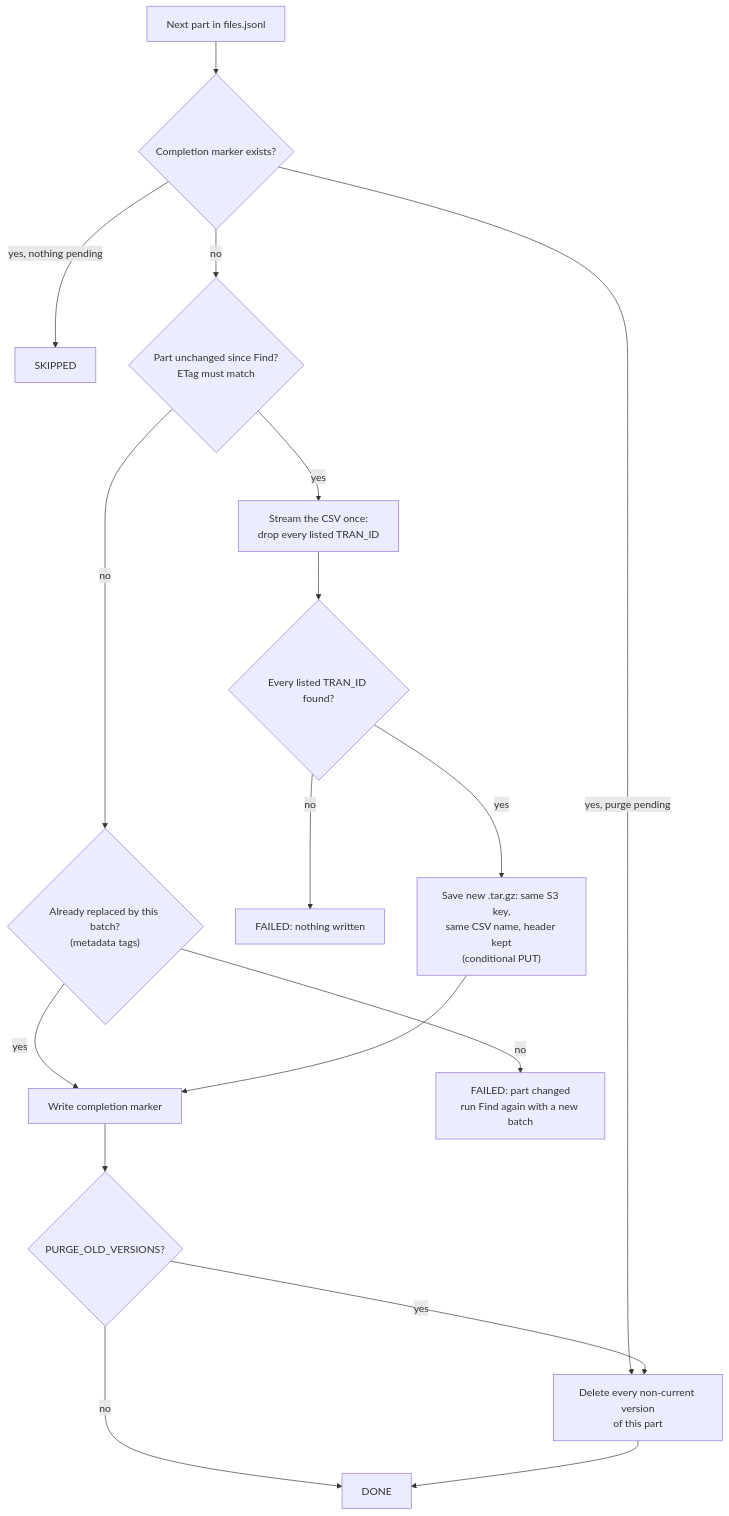
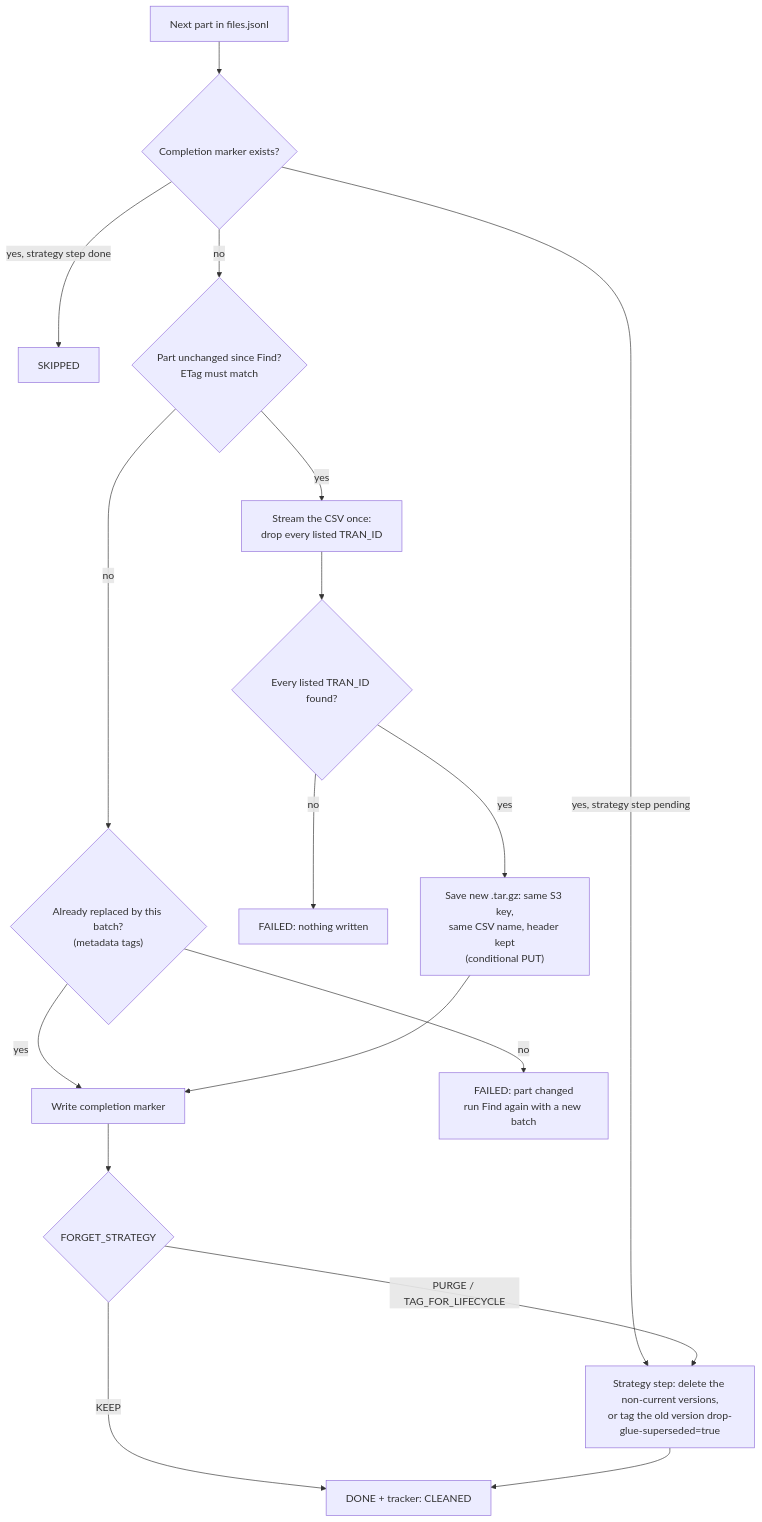
One commit to johnsooraj/find-and-forget-clone changed the eighth of 9 diagrams in docs/GUIDE.md. Above: the diagram before and after it, drawn with Mermaid. The commit also changed other lines of this file and 59 other files, not shown here.

First line of the commit message:
Refactor tests and implement strategy pattern for find and forget operations

````diff
--- a/docs/GUIDE.md
+++ b/docs/GUIDE.md
@@ -454,19 +563,19 @@
 ```mermaid
 flowchart TD
   A[Next part in files.jsonl] --> B{Completion marker exists?}
-  B -- "yes, nothing pending" --> S[SKIPPED]
-  B -- "yes, purge pending" --> P
+  B -- "yes, strategy step done" --> S[SKIPPED]
+  B -- "yes, strategy step pending" --> P
   B -- no --> C{Part unchanged since Find?<br/>ETag must match}
   C -- no --> C2{"Already replaced by this batch?<br/>(metadata tags)"}
   C2 -- yes --> M
   C2 -- no --> F1[FAILED: part changed<br/>run Find again with a new batch]
   C -- yes --> D["Stream the CSV once:<br/>drop every listed TRAN_ID"]
   D --> E{Every listed TRAN_ID found?}
   E -- no --> F2[FAILED: nothing written]
   E -- yes --> R["Save new .tar.gz: same S3 key,<br/>same CSV name, header kept<br/>(conditional PUT)"]
   R --> M[Write completion marker]
-  M --> Q{PURGE_OLD_VERSIONS?}
-  Q -- no --> OK[DONE]
-  Q -- yes --> P[Delete every non-current version<br/>of this part]
+  M --> Q{FORGET_STRATEGY}
+  Q -- KEEP --> OK[DONE + tracker: CLEANED]
+  Q -- "PURGE / TAG_FOR_LIFECYCLE" --> P["Strategy step: delete the non-current versions,<br/>or tag the old version drop-glue-superseded=true"]
   P --> OK
 ```
````
